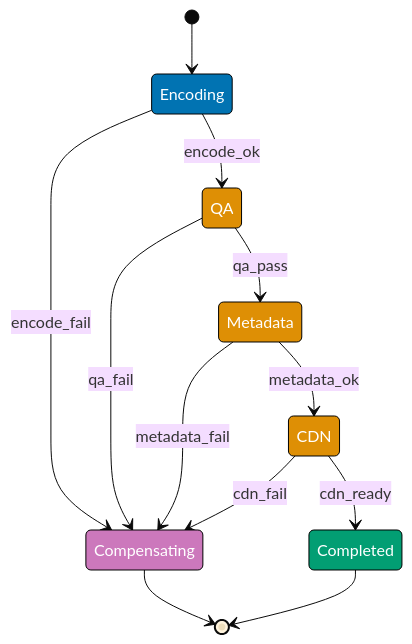
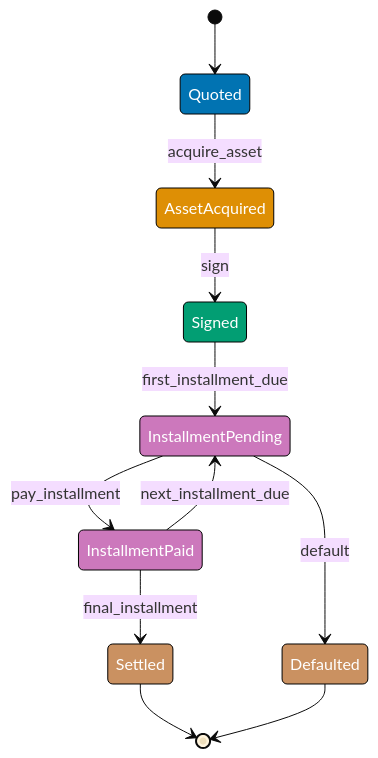
Before and after one commit to wahidyankf/open-sharia-enterprise: the third of 3 diagrams in apps/ayokoding-web/content/en/learn/software-engineering/architecture/finite-state-machine-fsm/by-example/advanced.md, drawn with Mermaid (base theme). The commit also changed other lines of this file and 38 other files, not shown here.

First line of the commit message:
docs(ayokoding-web): unify architecture tutorials on shared P2P domain

````diff
--- a/apps/ayokoding-web/content/en/learn/software-engineering/architecture/finite-state-machine-fsm/by-example/advanced.md
+++ b/apps/ayokoding-web/content/en/learn/software-engineering/architecture/finite-state-machine-fsm/by-example/advanced.md
@@ -2448,24 +1032,25 @@
 ```mermaid
 stateDiagram-v2
-    [*] --> Encoding
-    Encoding --> QA: encode_ok
-    QA --> Metadata: qa_pass
-    Metadata --> CDN: metadata_ok
-    CDN --> Completed: cdn_ready
-    Encoding --> Compensating: encode_fail
-    QA --> Compensating: qa_fail
-    Metadata --> Compensating: metadata_fail
-    CDN --> Compensating: cdn_fail
-    Compensating --> [*]
-    Completed --> [*]
+    [*] --> Quoted
+    Quoted --> AssetAcquired: acquire_asset
+    AssetAcquired --> Signed: sign
+    Signed --> InstallmentPending: first_installment_due
+    InstallmentPending --> InstallmentPaid: pay_installment
+    InstallmentPaid --> InstallmentPending: next_installment_due
+    InstallmentPaid --> Settled: final_installment
+    InstallmentPending --> Defaulted: default
+    Settled --> [*]
+    Defaulted --> [*]
 
-    classDef activeState fill:#0173B2,stroke:#000,color:#fff
-    classDef progressState fill:#DE8F05,stroke:#000,color:#fff
-    classDef doneState fill:#029E73,stroke:#000,color:#fff
-    classDef failState fill:#CC78BC,stroke:#000,color:#fff
+    classDef quoted fill:#0173B2,stroke:#000,color:#fff
+    classDef acquired fill:#DE8F05,stroke:#000,color:#fff
+    classDef signed fill:#029E73,stroke:#000,color:#fff
+    classDef installment fill:#CC78BC,stroke:#000,color:#fff
+    classDef terminal fill:#CA9161,stroke:#000,color:#fff
 
-    class Encoding activeState
-    class QA,Metadata,CDN progressState
-    class Completed doneState
-    class Compensating failState
+    class Quoted quoted
+    class AssetAcquired acquired
+    class Signed signed
+    class InstallmentPending,InstallmentPaid installment
+    class Settled,Defaulted terminal
 ```
````
